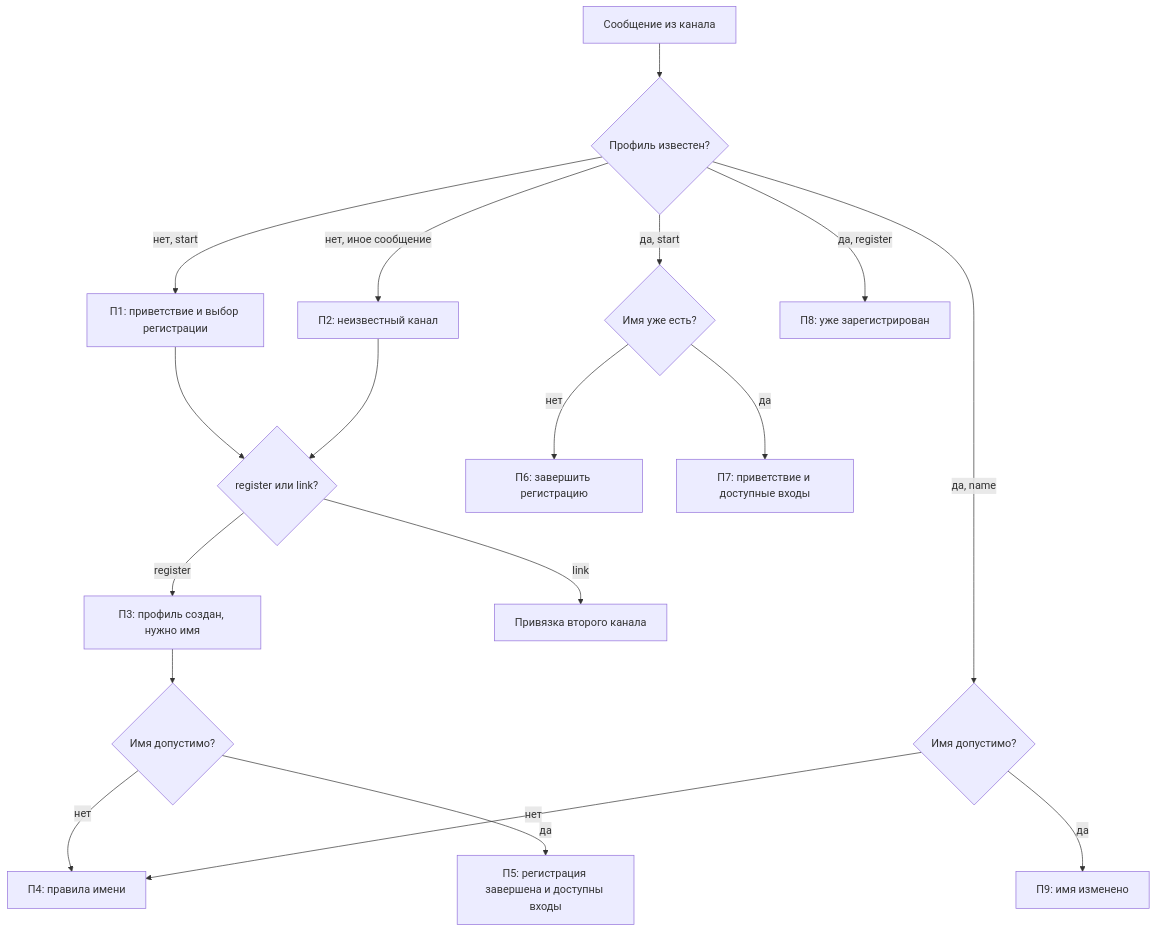
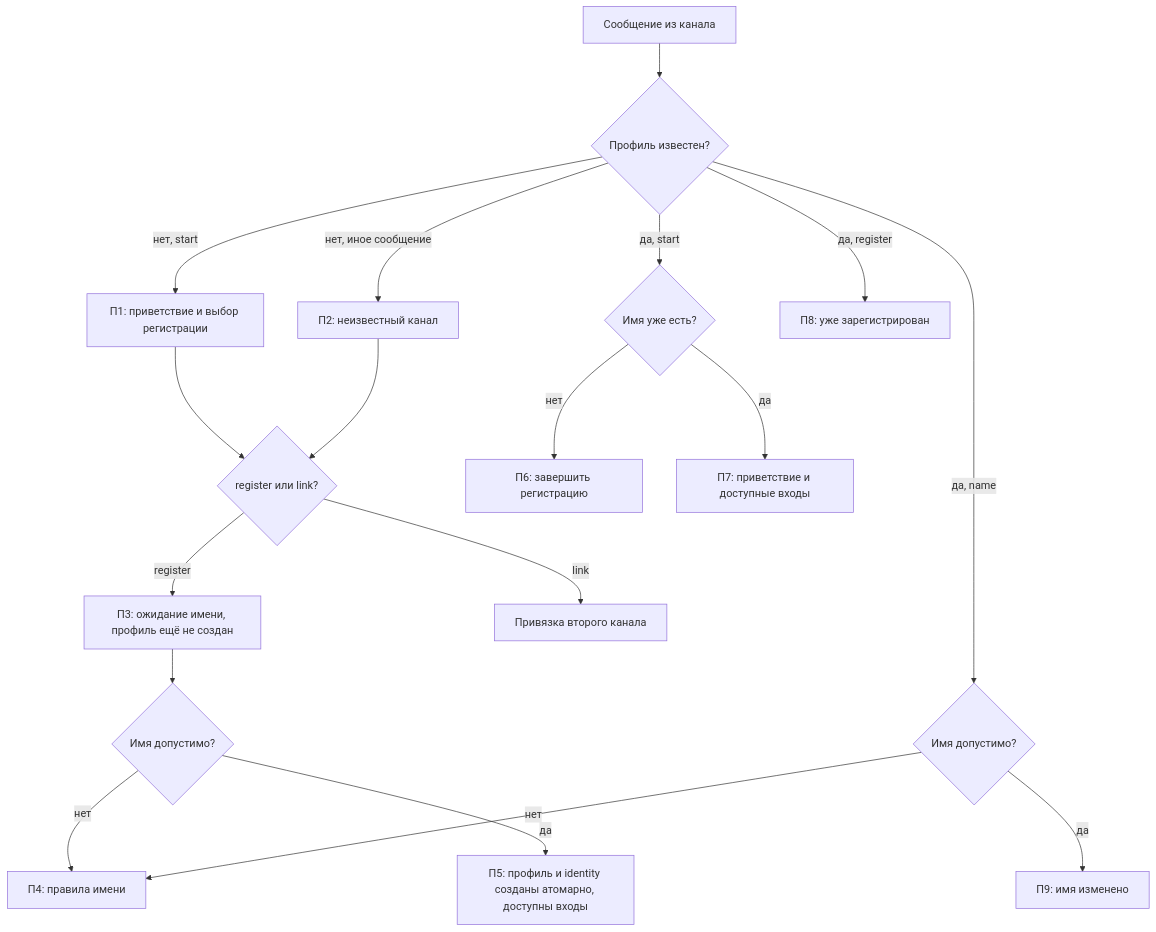
Before and after one commit to karateka-git/compadre-assistant: the first of 4 diagrams in docs/contextual-help/CORE.md, drawn with Mermaid. The commit also changed 17 other files, not shown here.

Commit message:
Создать профиль атомарно после ввода имени

````diff
--- a/docs/contextual-help/CORE.md
+++ b/docs/contextual-help/CORE.md
@@ -7,20 +7,20 @@
 ```mermaid
 flowchart TD
     A[Сообщение из канала] --> B{Профиль известен?}
     B -->|нет, start| C[П1: приветствие и выбор регистрации]
     B -->|нет, иное сообщение| D[П2: неизвестный канал]
     C --> E{register или link?}
     D --> E
-    E -->|register| F[П3: профиль создан, нужно имя]
+    E -->|register| F[П3: ожидание имени, профиль ещё не создан]
     E -->|link| G[Привязка второго канала]
     F --> H{Имя допустимо?}
     H -->|нет| I[П4: правила имени]
-    H -->|да| J[П5: регистрация завершена и доступны входы]
+    H -->|да| J[П5: профиль и identity созданы атомарно, доступны входы]
     B -->|да, start| K{Имя уже есть?}
     K -->|нет| L[П6: завершить регистрацию]
     K -->|да| M[П7: приветствие и доступные входы]
     B -->|да, register| N[П8: уже зарегистрирован]
     B -->|да, name| O{Имя допустимо?}
     O -->|нет| I
     O -->|да| P[П9: имя изменено]
 ```
````
